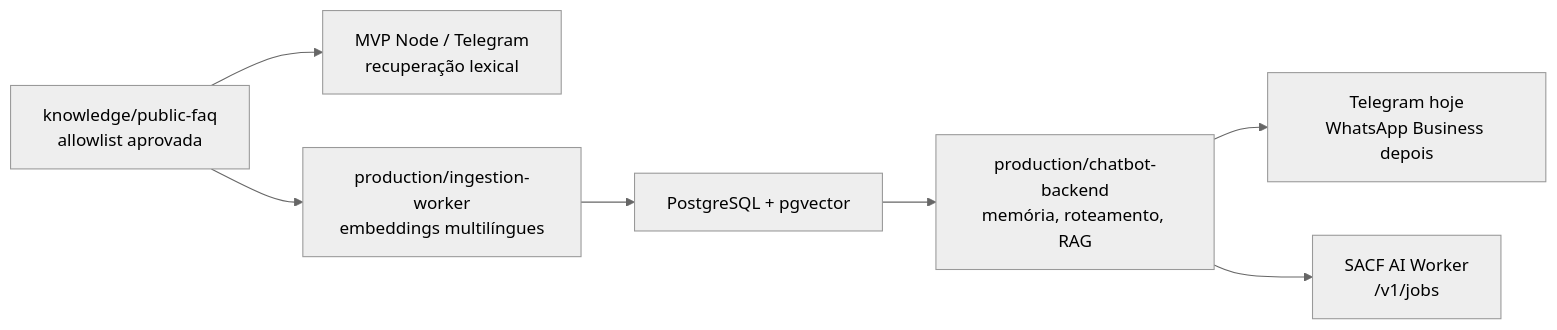
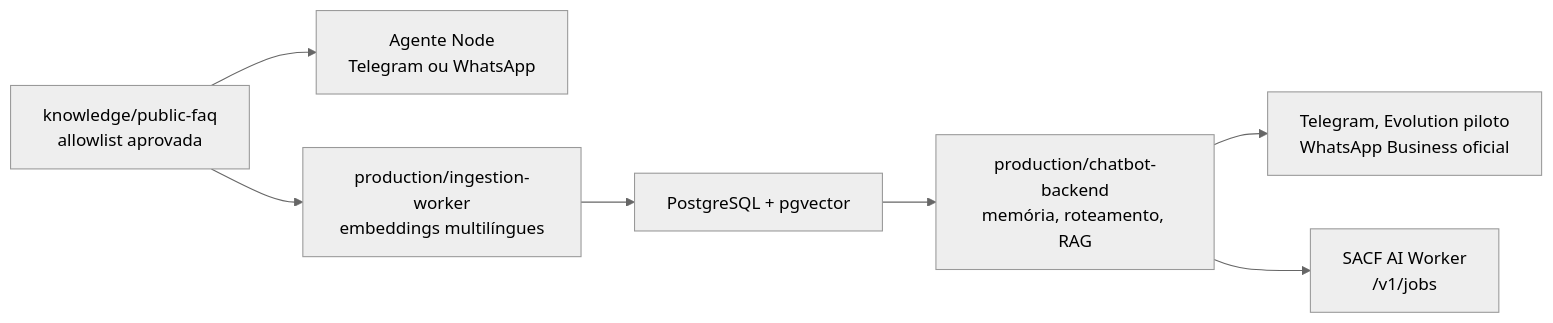
One commit to pedrobuenozasso/chatbot-prospec-zasso changed the diagram in docs/PRODUCTION_ARCHITECTURE.md. Above: the diagram before and after it, drawn with Mermaid (neutral theme). The commit also changed other lines of this file and 16 other files, not shown here.

````diff
--- a/docs/PRODUCTION_ARCHITECTURE.md
+++ b/docs/PRODUCTION_ARCHITECTURE.md
@@ -15,9 +15,9 @@
 ```mermaid
 flowchart LR
-  faq["knowledge/public-faq\nallowlist aprovada"] --> mvp["MVP Node / Telegram\nrecuperação lexical"]
+  faq["knowledge/public-faq\nallowlist aprovada"] --> mvp["Agente Node\nTelegram ou WhatsApp"]
   faq --> ingest["production/ingestion-worker\nembeddings multilíngues"]
   ingest --> vector["PostgreSQL + pgvector"]
   vector --> backend["production/chatbot-backend\nmemória, roteamento, RAG"]
-  backend --> channel["Telegram hoje\nWhatsApp Business depois"]
+  backend --> channel["Telegram, Evolution piloto\nWhatsApp Business oficial"]
   backend --> worker["SACF AI Worker\n/v1/jobs"]
 ```
````
